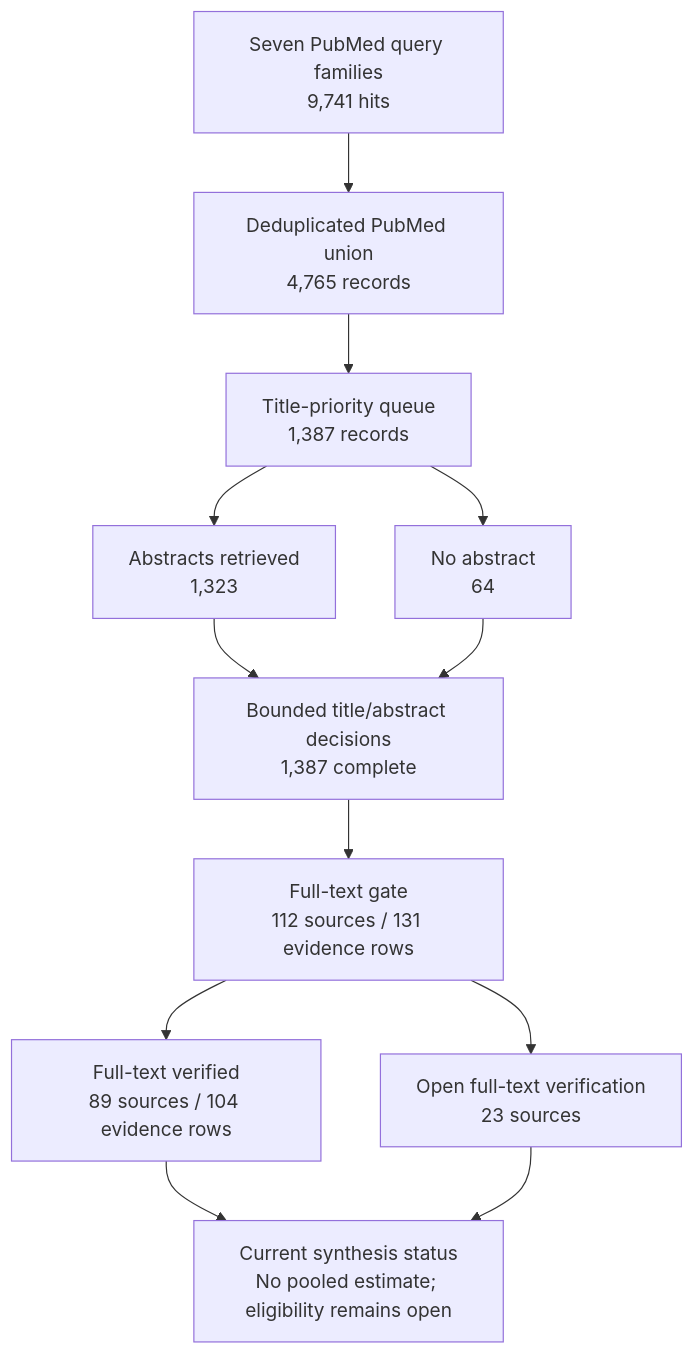
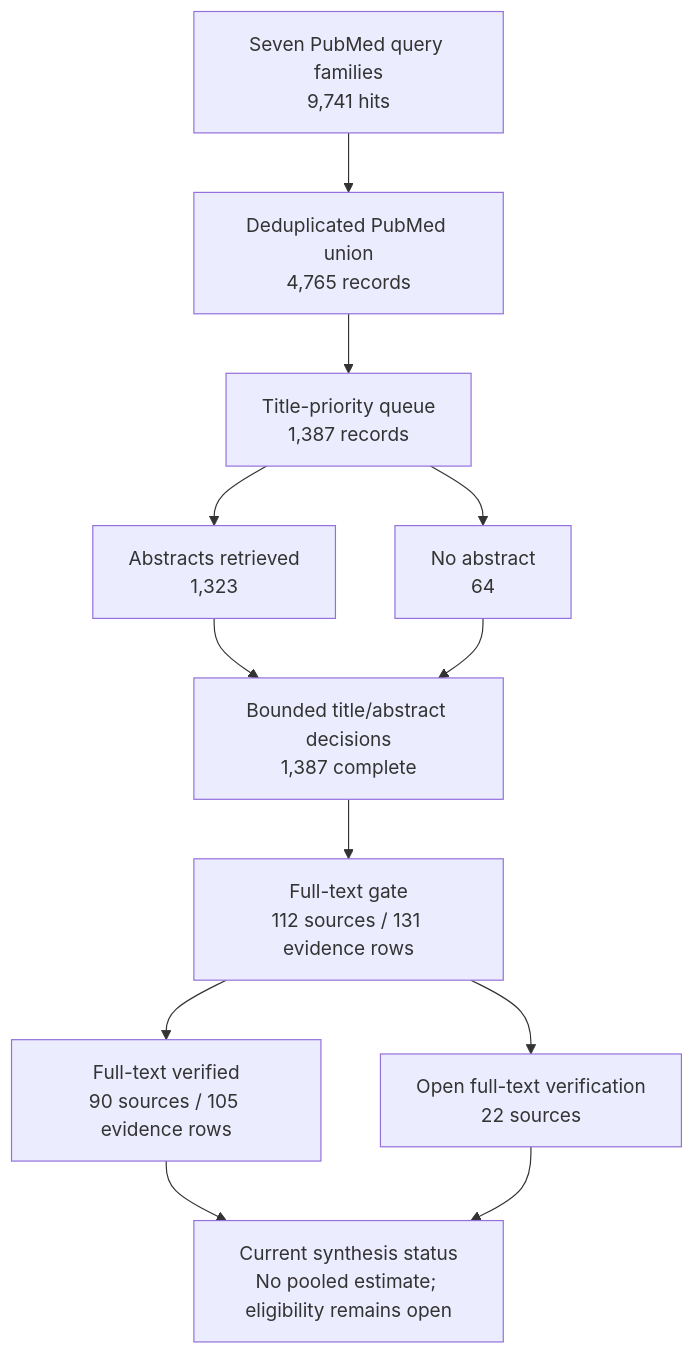
The diagram in manuscript/figures/figure-3-review-flow.mmd (dcmcshan/artemisia), drawn with Mermaid before and after one commit. The commit also changed 6 other files, not shown here.

Commit message:
Refresh submission flow and artifacts

```diff
--- a/manuscript/figures/figure-3-review-flow.mmd
+++ b/manuscript/figures/figure-3-review-flow.mmd
@@ -1,12 +1,12 @@
 flowchart TD
   A["Seven PubMed query families<br/>9,741 hits"] --> B["Deduplicated PubMed union<br/>4,765 records"]
   B --> C["Title-priority queue<br/>1,387 records"]
   C --> D["Abstracts retrieved<br/>1,323"]
   C --> E["No abstract<br/>64"]
   D --> F["Bounded title/abstract decisions<br/>1,387 complete"]
   E --> F
   F --> G["Full-text gate<br/>112 sources / 131 evidence rows"]
-  G --> H["Full-text verified<br/>89 sources / 104 evidence rows"]
-  G --> I["Open full-text verification<br/>23 sources"]
+  G --> H["Full-text verified<br/>90 sources / 105 evidence rows"]
+  G --> I["Open full-text verification<br/>22 sources"]
   H --> J["Current synthesis status<br/>No pooled estimate; eligibility remains open"]
   I --> J
```
